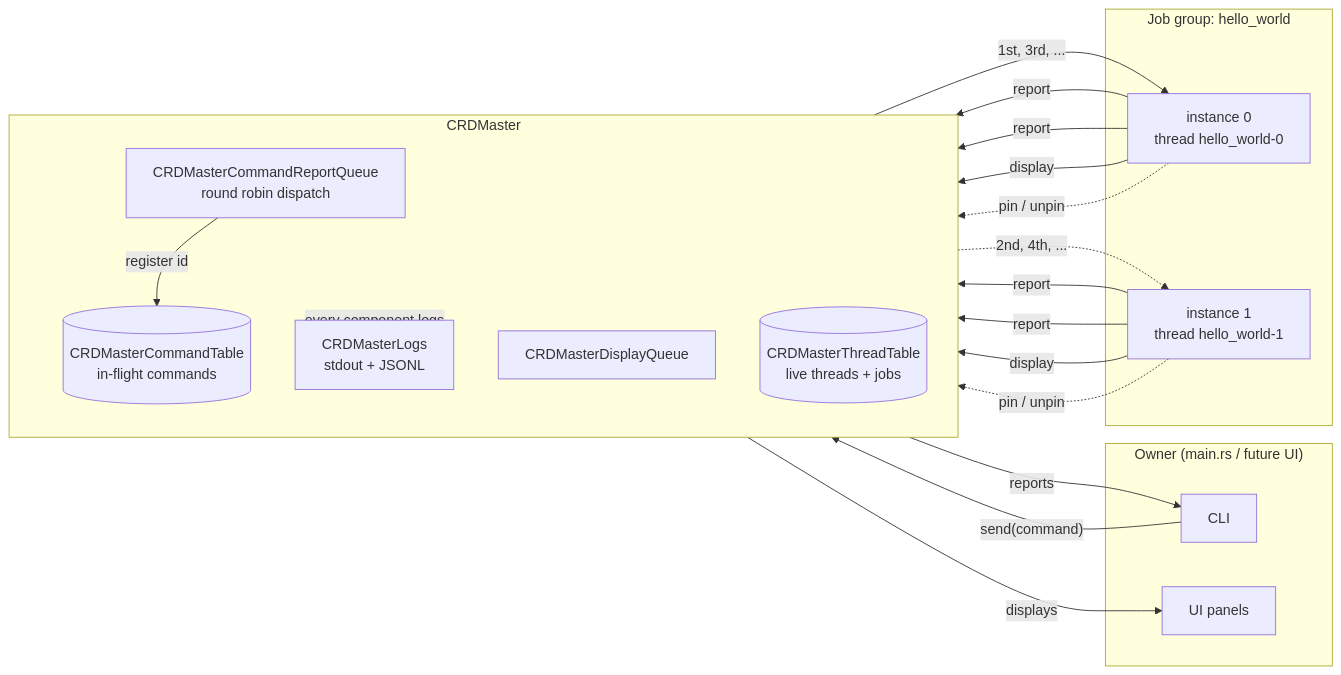
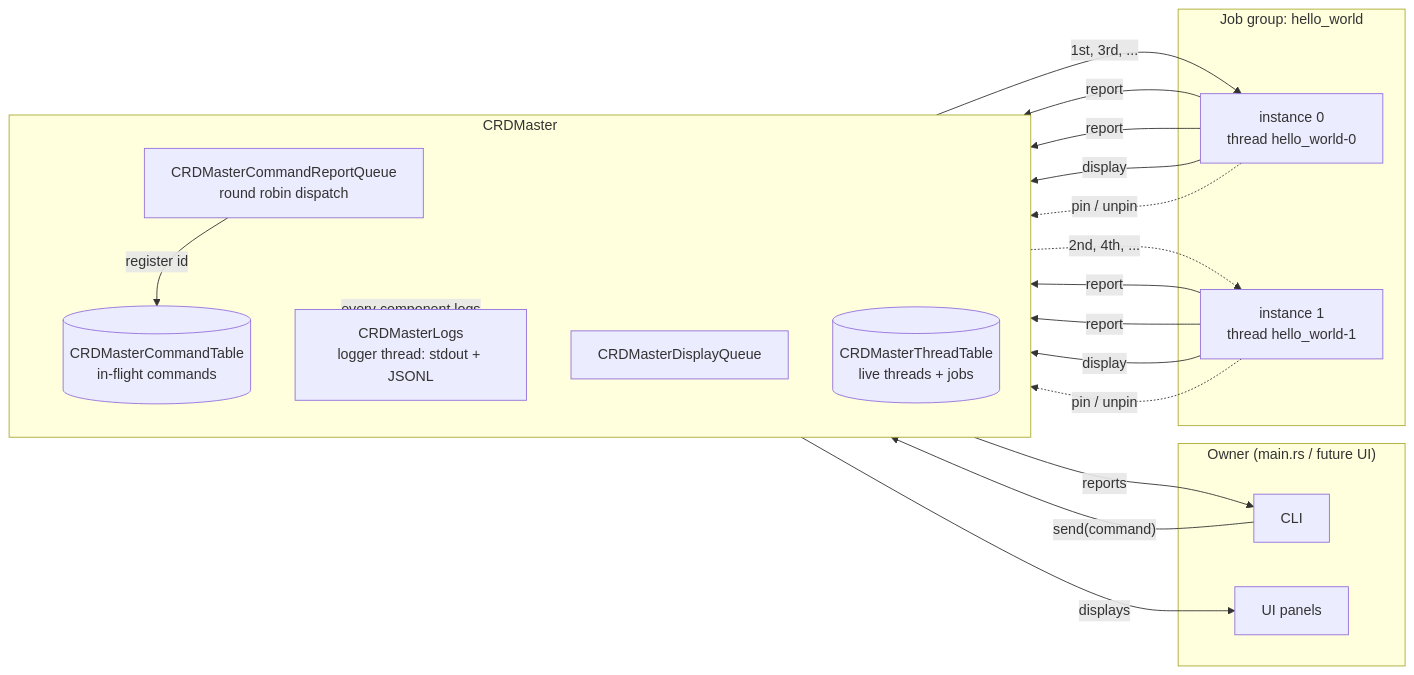
Before and after one commit to c-stxrm/CRDmultithread: the second of 5 diagrams in readme.md, drawn with Mermaid. The commit also changed other lines of this file and 7 other files, not shown here.

First line of the commit message:
Move logging to a dedicated logger thread (fixes #1)

````diff
--- a/readme.md
+++ b/readme.md
@@ -63,37 +63,37 @@
 ```mermaid
 flowchart LR
     subgraph OWNER["Owner (main.rs / future UI)"]
         CLI["CLI"]
         UI["UI panels"]
     end
 
     subgraph MASTER["CRDMaster"]
         direction TB
         CQ["CRDMasterCommandReportQueue<br/>round robin dispatch"]
         DQ["CRDMasterDisplayQueue"]
         CT[("CRDMasterCommandTable<br/>in-flight commands")]
         TT[("CRDMasterThreadTable<br/>live threads + jobs")]
-        LG["CRDMasterLogs<br/>stdout + JSONL"]
+        LG["CRDMasterLogs<br/>logger thread: stdout + JSONL"]
     end
 
     subgraph GROUP["Job group: hello_world"]
         J0["instance 0<br/>thread hello_world-0"]
         J1["instance 1<br/>thread hello_world-1"]
     end
 
     CLI -- "send(command)" --> CQ
     CQ -- "register id" --> CT
     CQ -- "1st, 3rd, ..." --> J0
     CQ -. "2nd, 4th, ..." .-> J1
     J0 -- "report" --> CT
     J1 -- "report" --> CT
     J0 -- "report" --> CQ
     J1 -- "report" --> CQ
     J0 -- "display" --> DQ
     J1 -- "display" --> DQ
     CQ -- "reports" --> CLI
     DQ -- "displays" --> UI
     J0 -. "pin / unpin" .-> TT
     J1 -. "pin / unpin" .-> TT
     MASTER -. "every component logs" .-> LG
 ```
````
